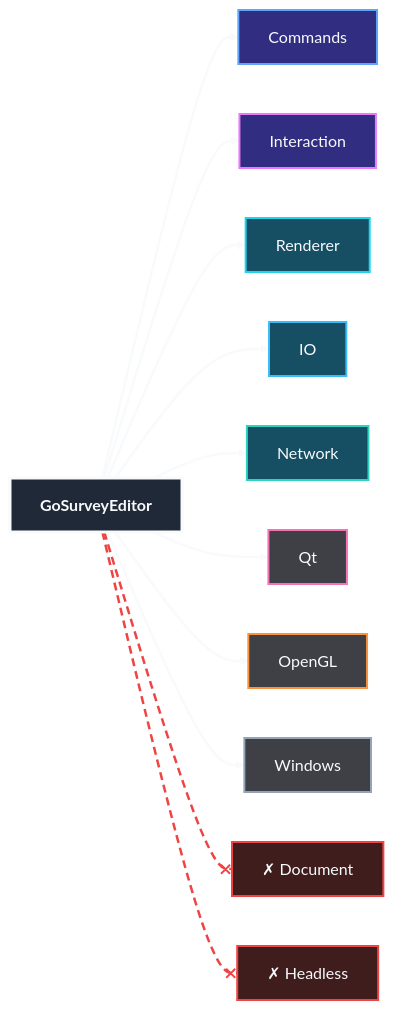
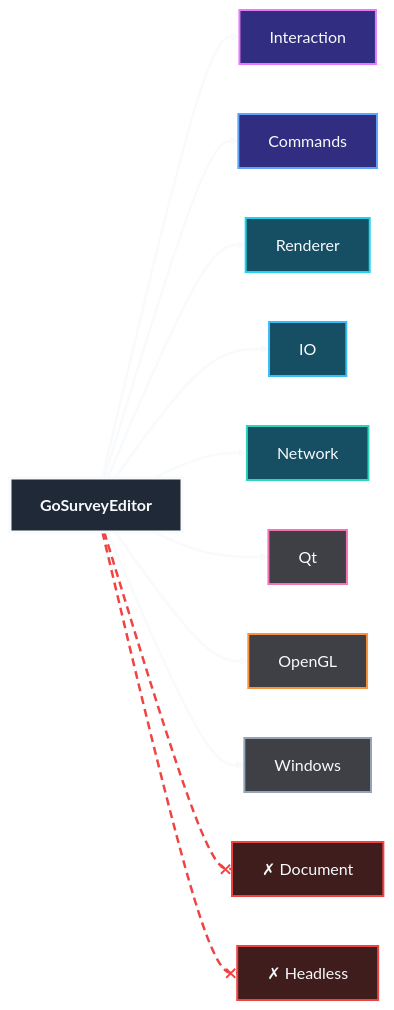
One commit to chetjones003/GoSurvey changed the first of 42 diagrams in docs/architecture/system-dependencies.md. Above: the diagram before and after it, drawn with Mermaid. The commit also changed other lines of this file and 3 other files, not shown here.

First line of the commit message:
tools: structure diagram generator and check it in CI

````diff
--- a/docs/architecture/system-dependencies.md
+++ b/docs/architecture/system-dependencies.md
@@ -26,45 +28,45 @@
 ```mermaid
 flowchart LR
   editor__src["<b>GoSurveyEditor</b>"]
+  editor__interaction["Interaction"]
   editor__commands["Commands"]
-  editor__interaction["Interaction"]
   editor__renderer["Renderer"]
   editor__io["IO"]
   editor__network["Network"]
   editor__pqt["Qt"]
   editor__pgl["OpenGL"]
   editor__pwin["Windows"]
   editor__x_document["✗ Document"]
   editor__x_phead["✗ Headless"]
+  editor__src --> editor__interaction
   editor__src --> editor__commands
-  editor__src --> editor__interaction
   editor__src --> editor__renderer
   editor__src --> editor__io
   editor__src --> editor__network
   editor__src --> editor__pqt
   editor__src --> editor__pgl
   editor__src --> editor__pwin
   editor__src -.-x editor__x_document
   editor__src -.-x editor__x_phead
   style editor__src fill:#1f2937,stroke:#f8fafc,stroke-width:3px,color:#f8fafc
+  style editor__interaction fill:#312e81,stroke:#e879f9,stroke-width:2px,color:#f8fafc
   style editor__commands fill:#312e81,stroke:#60a5fa,stroke-width:2px,color:#f8fafc
-  style editor__interaction fill:#312e81,stroke:#e879f9,stroke-width:2px,color:#f8fafc
   style editor__renderer fill:#164e63,stroke:#22d3ee,stroke-width:2px,color:#f8fafc
   style editor__io fill:#164e63,stroke:#38bdf8,stroke-width:2px,color:#f8fafc
   style editor__network fill:#164e63,stroke:#2dd4bf,stroke-width:2px,color:#f8fafc
   style editor__pqt fill:#3f3f46,stroke:#f472b6,stroke-width:2px,color:#f8fafc
   style editor__pgl fill:#3f3f46,stroke:#fb923c,stroke-width:2px,color:#f8fafc
   style editor__pwin fill:#3f3f46,stroke:#94a3b8,stroke-width:2px,color:#f8fafc
   style editor__x_document fill:#3f1d1d,stroke:#ef4444,stroke-width:2px,color:#f8fafc
   style editor__x_phead fill:#3f1d1d,stroke:#ef4444,stroke-width:2px,color:#f8fafc
   linkStyle 0 stroke:#f8fafc,stroke-width:2.5px
   linkStyle 1 stroke:#f8fafc,stroke-width:2.5px
   linkStyle 2 stroke:#f8fafc,stroke-width:2.5px
   linkStyle 3 stroke:#f8fafc,stroke-width:2.5px
   linkStyle 4 stroke:#f8fafc,stroke-width:2.5px
   linkStyle 5 stroke:#f8fafc,stroke-width:2.5px
   linkStyle 6 stroke:#f8fafc,stroke-width:2.5px
   linkStyle 7 stroke:#f8fafc,stroke-width:2.5px
   linkStyle 8 stroke:#ef4444,stroke-width:2.5px,stroke-dasharray:8 5
   linkStyle 9 stroke:#ef4444,stroke-width:2.5px,stroke-dasharray:8 5
 ```
````
